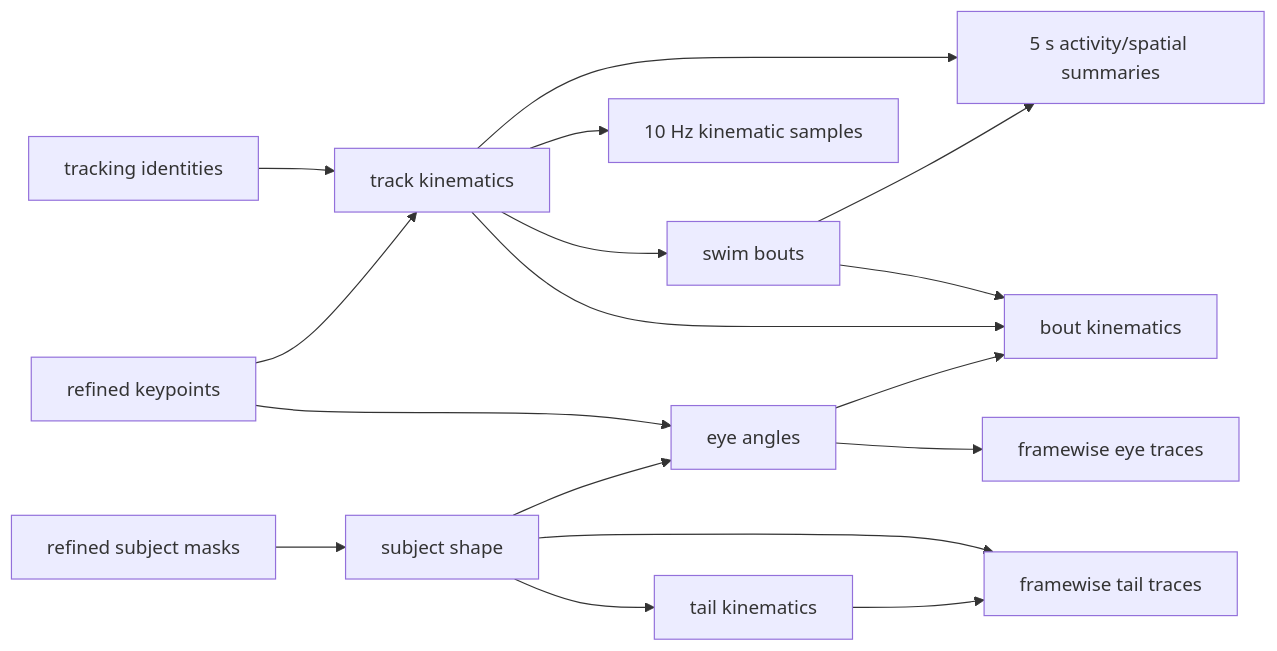
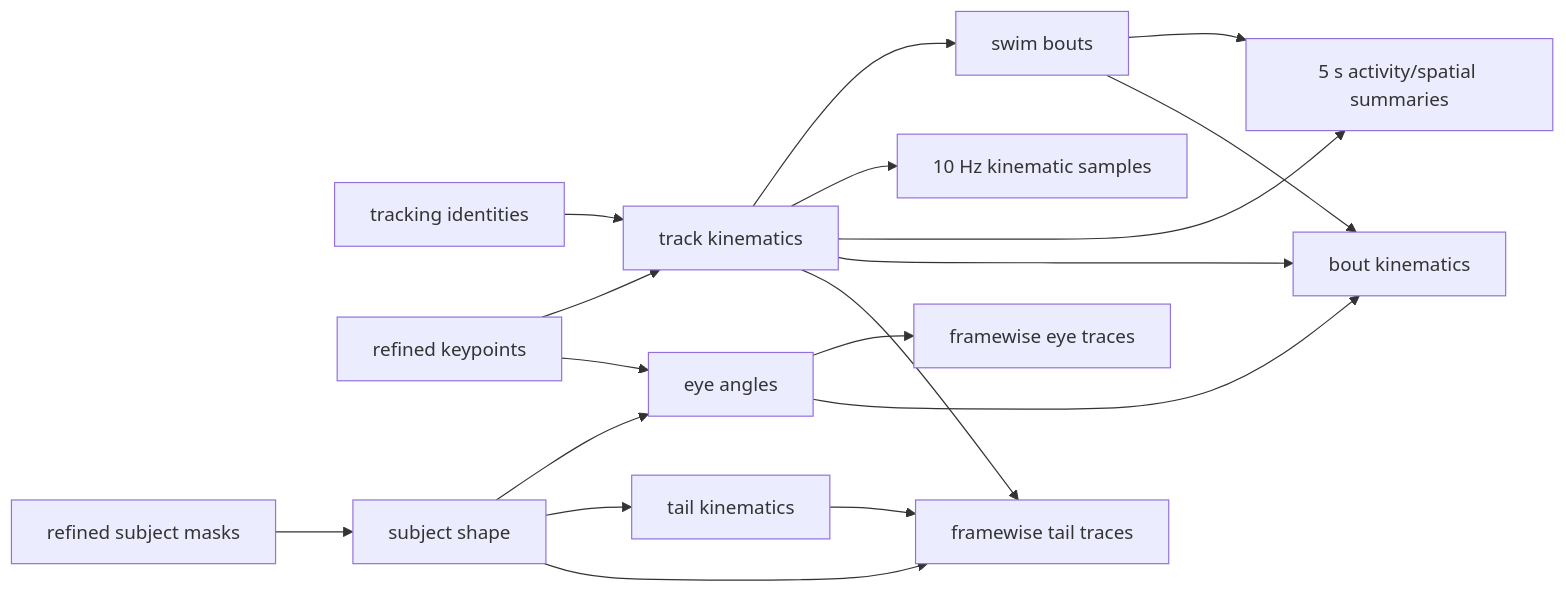
One commit to jmdelahanty/palette changed the diagram in docs/analysis_workflow_dag.md. Above: the diagram before and after it, drawn with Mermaid. The commit also changed other lines of this file and 16 other files, not shown here.

````diff
--- a/docs/analysis_workflow_dag.md
+++ b/docs/analysis_workflow_dag.md
@@ -69,21 +69,22 @@
 ```mermaid
 flowchart LR
   TR[tracking identities] --> TK[track kinematics]
   RK[refined keypoints] --> TK[track kinematics]
   TK --> SB[swim bouts]
   TK --> KS[10 Hz kinematic samples]
   TK --> AS[5 s activity/spatial summaries]
   SB --> AS
   SB --> BK[bout kinematics]
   TK --> BK
 
   RK --> EA[eye angles]
   RM[refined subject masks] --> SS[subject shape]
   SS --> EA
   EA --> ET[framewise eye traces]
   EA --> BK
 
   SS --> TKM[tail kinematics]
   SS --> TT[framewise tail traces]
   TKM --> TT
+  TK --> TT
 ```
````
